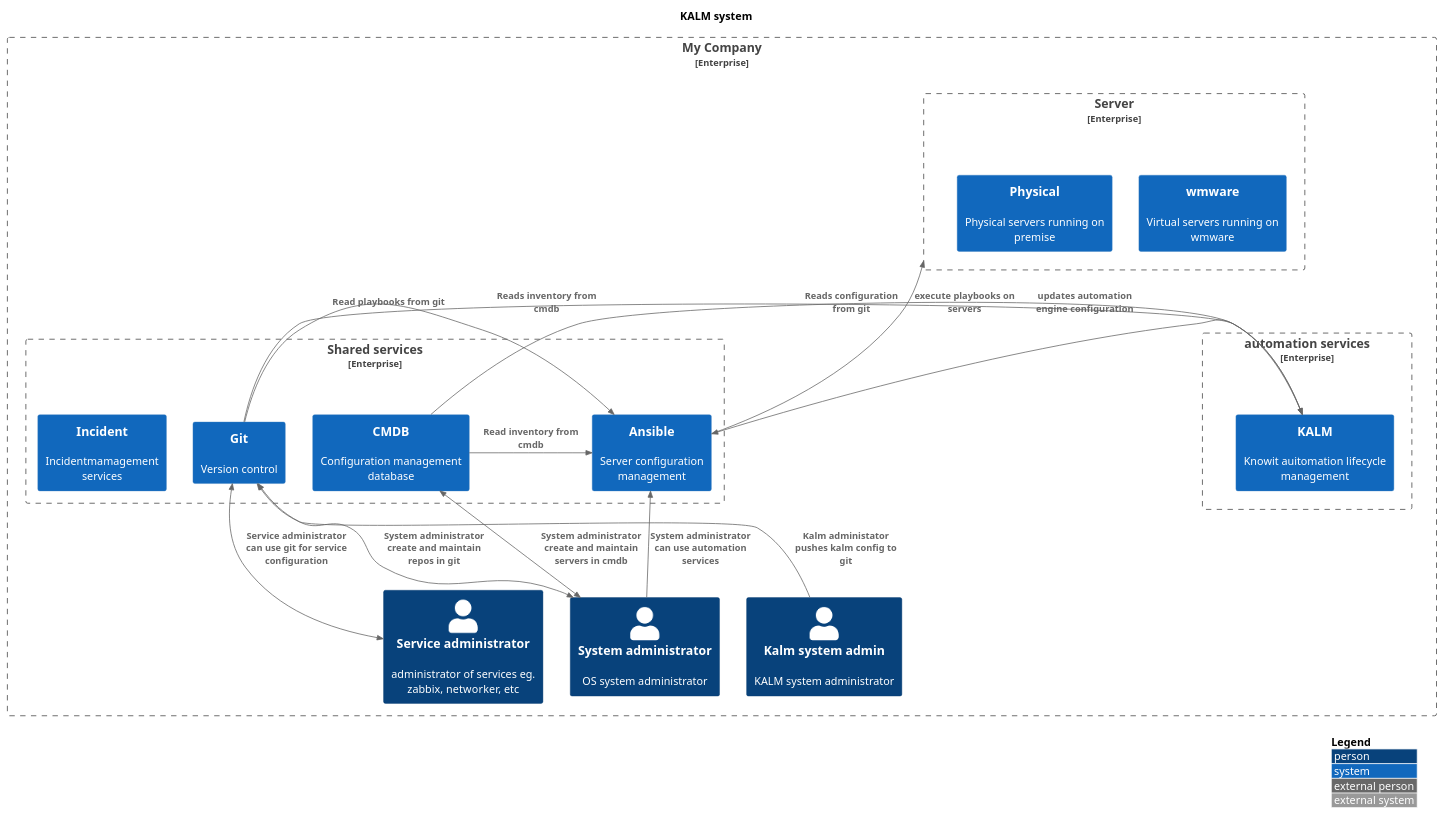
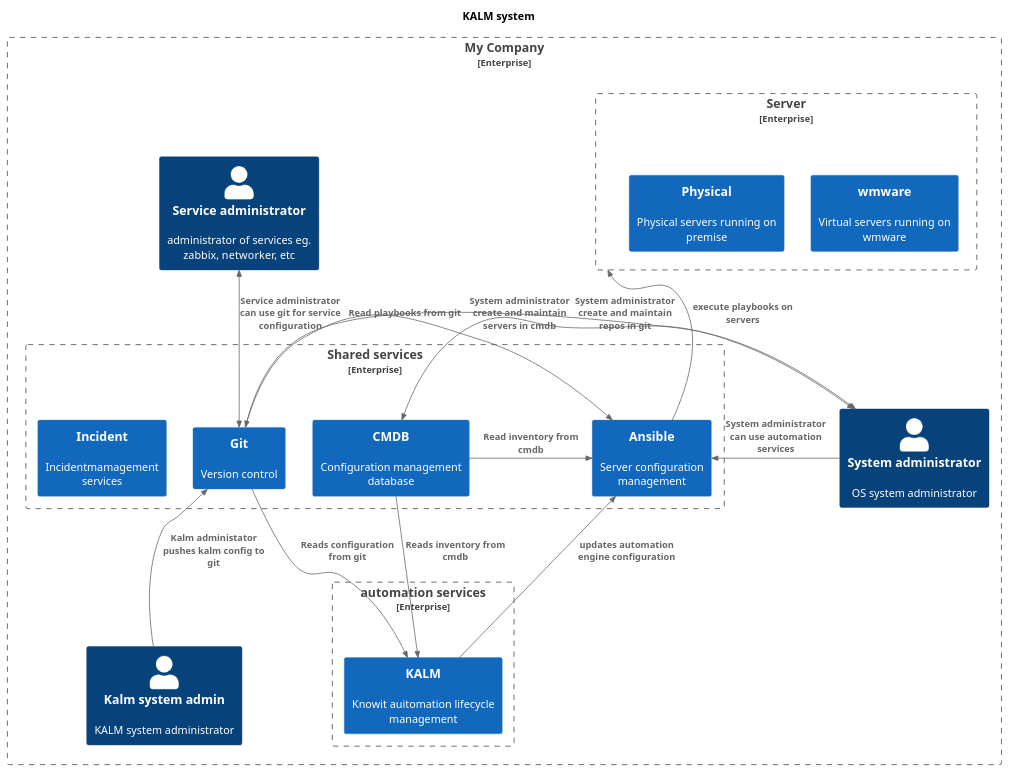
Before and after one commit to JakobHolstDK/infowall: the diagram in diagrams/kalm.puml, drawn with PlantUML.

Commit message:
no write

```diff
--- a/diagrams/kalm.puml
+++ b/diagrams/kalm.puml
@@ -1,71 +1,71 @@
 @startuml
 !include https://raw.githubusercontent.com/plantuml-stdlib/C4-PlantUML/master/C4_Context.puml
 
 ' uncomment the following line and comment the first to use locally
 ' !include C4_Context.puml
 
 'LAYOUT_TOP_DOWN()
 'LAYOUT_AS_SKETCH()
-LAYOUT_WITH_LEGEND()
+'LAYOUT_WITH_LEGEND()
 HIDE_STEREOTYPE()
 
 
 
 title   KALM system
 
 
 Enterprise_Boundary(c0, "My Company", "My awesome organisation") {
 
 Person(kalmadmin, "Kalm system admin", "KALM system administrator")
 Person(systemadmin, "System administrator", "OS system administrator")
 Person(serviceadmin, "Service administrator", "administrator of services eg. zabbix, networker, etc")
 Enterprise_Boundary(c2, "Server ", "Virtuelle servere") {
     System(vmware, "wmware", "Virtual servers running on wmware")
     System(physicalservers, "Physical", "Physical servers running on premise")
 }
 
 Enterprise_Boundary(c3, "Shared services", "Shared services in the organisation") {
     System(cmdb, "CMDB", "Configuration management database")
     System(automation, "Ansible", "Server configuration management")
     System(git, "Git", "Version control")
     System(incident, "Incident", "Incidentmamagement services")
 }
 
 Enterprise_Boundary(c1, "automation services", "Automation services") {
     System(kalm, "KALM", "Knowit auitomation lifecycle management")
 }
 
 
 }
 
-Lay_L(serviceadmin, systemadmin)
-Lay_R(serviceadmin, kalmadmin)
-Lay_U(systemadmin, c1)
-Lay_U(kalmadmin, c1)
-Lay_U(serviceadmin, c1)
+'Lay_L(serviceadmin, systemadmin)
+'Lay_R(serviceadmin, kalmadmin)
+'Lay_U(systemadmin, c1)
+'Lay_U(kalmadmin, c1)
+'Lay_U(serviceadmin, c1)
 
 
 
 
 Rel_Neighbor(git, automation, "Read playbooks from git")
 Rel_Neighbor(cmdb, automation, "Read inventory from cmdb")
 Rel_U(automation, c2 , "execute playbooks on servers")
 
 
 Rel_U(kalmadmin, git, "Kalm administator pushes kalm config to git")
 
 Rel_U(systemadmin, automation, "System administrator can use automation services")
 BiRel_R(systemadmin, git, "System administrator create and maintain repos in git")
 BiRel_L(systemadmin, cmdb, "System administrator create and maintain servers in cmdb")
 BiRel_D(serviceadmin, git, "Service administrator can use git for service configuration")
 
 
 
 
 
 Rel_D(cmdb, kalm, "Reads inventory from cmdb")
 Rel_D(git, kalm, "Reads configuration from git")
 Rel_L(kalm, automation, "updates automation engine configuration")
 
 
 @enduml
```
